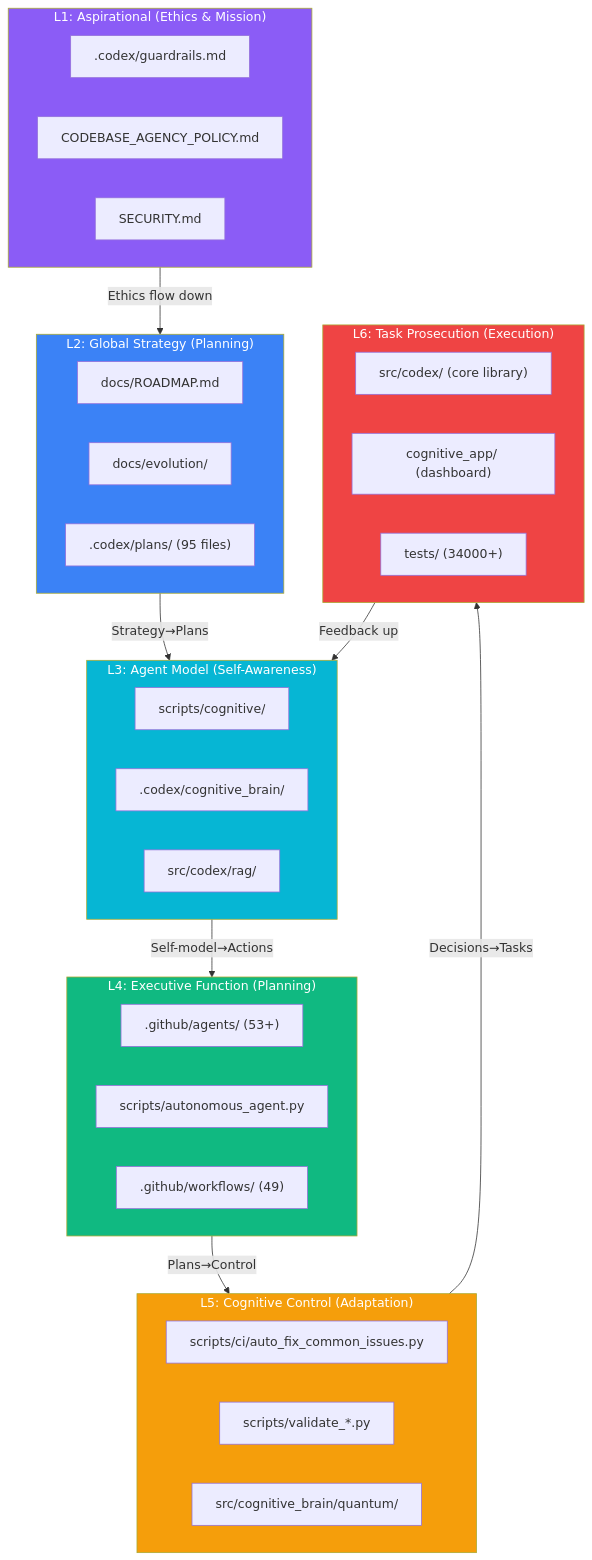
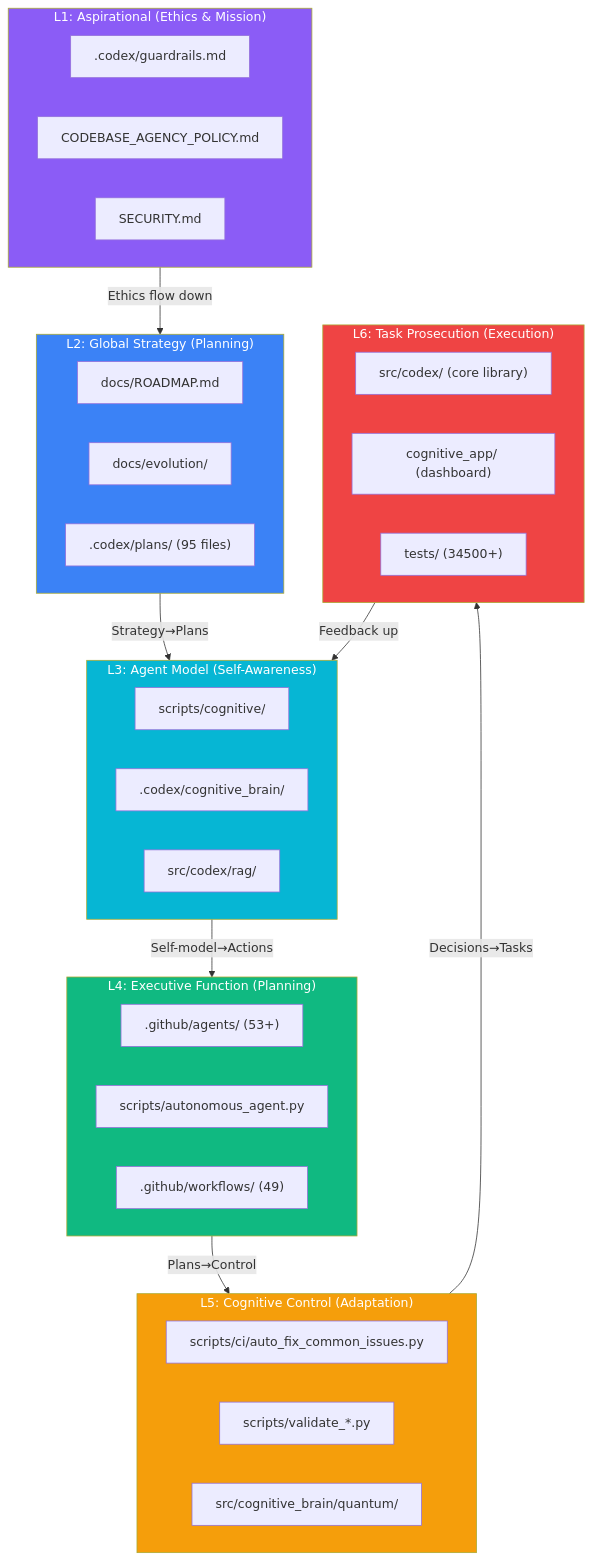
Before and after one commit to Aries-Serpent/_codex_: the diagram in docs/evolution/COGNITIVE_CODEBASE_MAP.md, drawn with Mermaid. The commit also changed 2841 other files, not shown here.

````diff
--- a/docs/evolution/COGNITIVE_CODEBASE_MAP.md
+++ b/docs/evolution/COGNITIVE_CODEBASE_MAP.md
@@ -12,53 +12,53 @@
 ```mermaid
 %%{init: {'accessibility': {'title': 'Flowchart showing "L1: Aspirational (Ethics & Mission)", ".codex/guardrails.md"'}}%%
 graph TD
     subgraph L1["L1: Aspirational (Ethics & Mission)"]
         E1[".codex/guardrails.md"]
         E2["CODEBASE_AGENCY_POLICY.md"]
         E3["SECURITY.md"]
     end
 
     subgraph L2["L2: Global Strategy (Planning)"]
         S1["docs/ROADMAP.md"]
         S2["docs/evolution/"]
         S3[".codex/plans/ (95 files)"]
     end
 
     subgraph L3["L3: Agent Model (Self-Awareness)"]
         M1["scripts/cognitive/"]
         M2[".codex/cognitive_brain/"]
         M3["src/codex/rag/"]
     end
 
     subgraph L4["L4: Executive Function (Planning)"]
         X1[".github/agents/ (53+)"]
         X2["scripts/autonomous_agent.py"]
         X3[".github/workflows/ (49)"]
     end
 
     subgraph L5["L5: Cognitive Control (Adaptation)"]
         C1["scripts/ci/auto_fix_common_issues.py"]
         C2["scripts/validate_*.py"]
         C3["src/cognitive_brain/quantum/"]
     end
 
     subgraph L6["L6: Task Prosecution (Execution)"]
         T1["src/codex/ (core library)"]
         T2["cognitive_app/ (dashboard)"]
-        T3["tests/ (34000+)"]
+        T3["tests/ (34500+)"]
     end
 
     L1 -->|"Ethics flow down"| L2
     L2 -->|"Strategy→Plans"| L3
     L3 -->|"Self-model→Actions"| L4
     L4 -->|"Plans→Control"| L5
     L5 -->|"Decisions→Tasks"| L6
     L6 -->|"Feedback up"| L3
 
     style L1 fill:#8b5cf6,color:#fff
     style L2 fill:#3b82f6,color:#fff
     style L3 fill:#06b6d4,color:#fff
     style L4 fill:#10b981,color:#fff
     style L5 fill:#f59e0b,color:#fff
     style L6 fill:#ef4444,color:#fff
 ```
````
